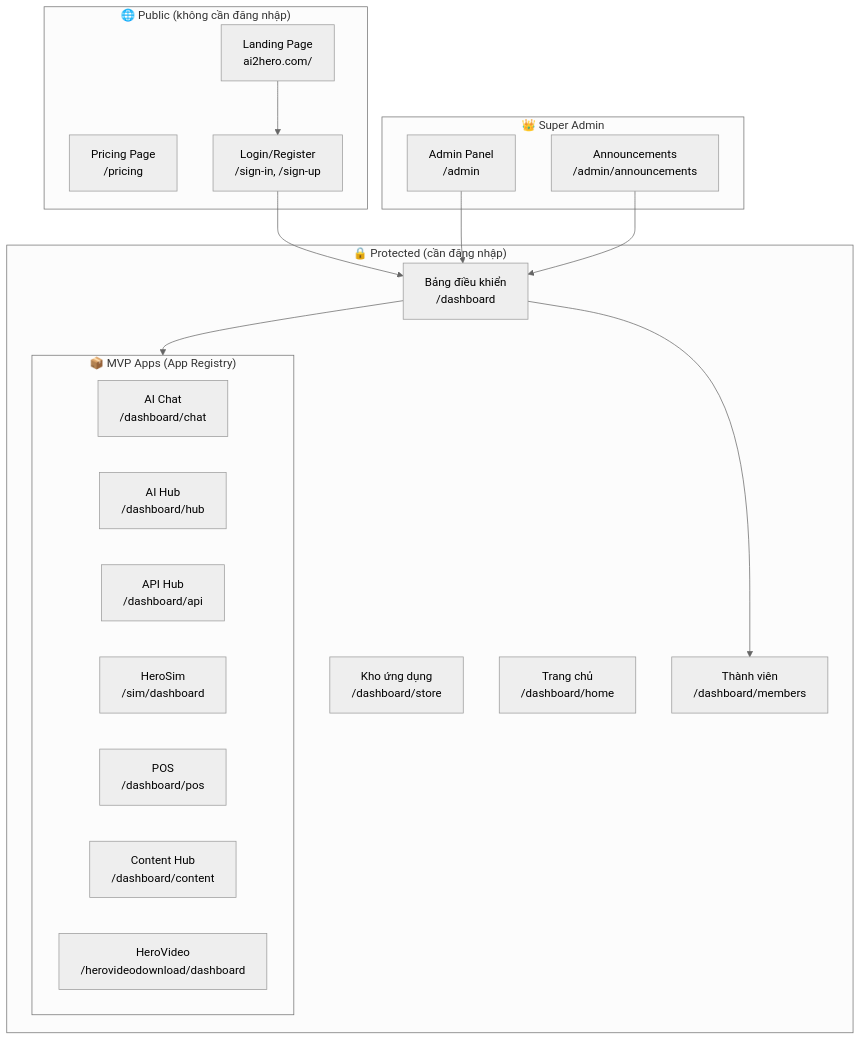
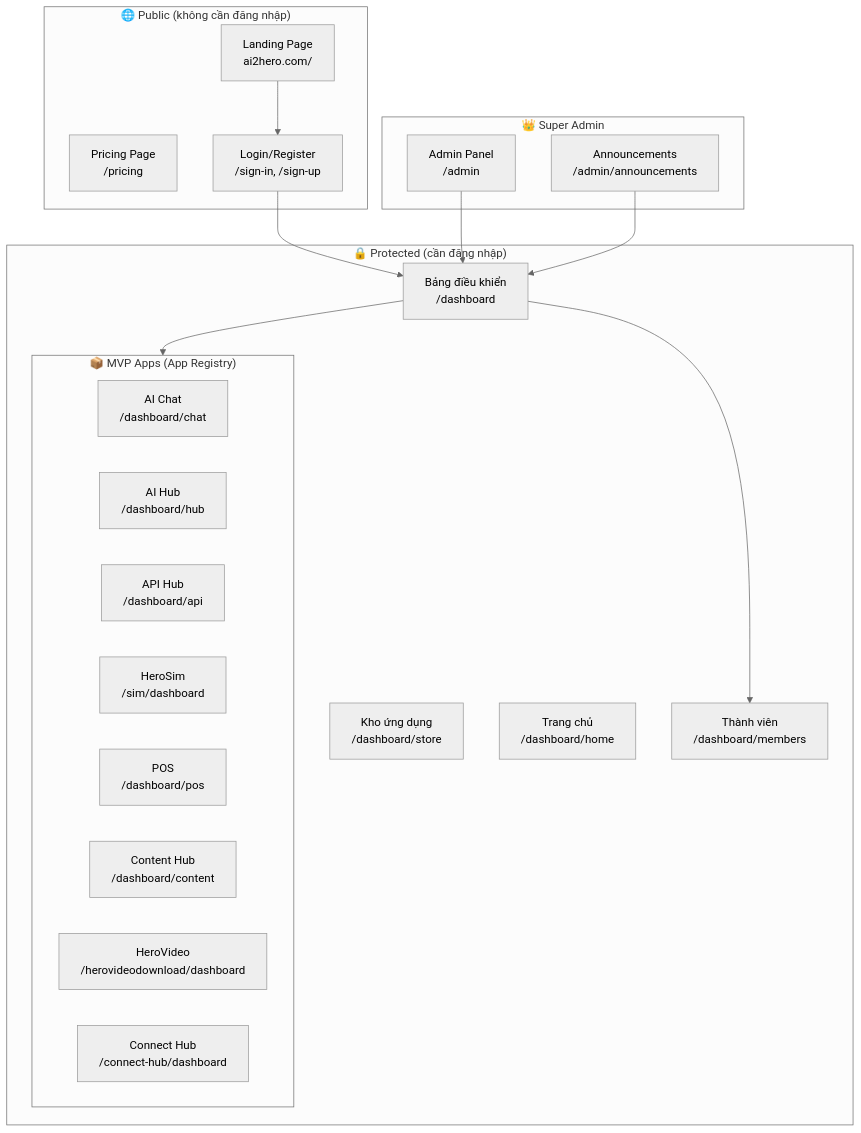
The diagram in UI_MAP.md (nvhung1088-alt/ai2hero), drawn with Mermaid (neutral theme) before and after one commit. The commit also changed other lines of this file and 165 other files, not shown here.

Commit message:
feat(connect-hub): Production Ready - V1.0 API Connect Hub & POS Integration

````diff
--- a/UI_MAP.md
+++ b/UI_MAP.md
@@ -7,37 +7,38 @@
 ```mermaid
 graph TB
     subgraph Public["🌐 Public (không cần đăng nhập)"]
         LP[Landing Page<br>ai2hero.com/]
         PR[Pricing Page<br>/pricing]
         LG[Login/Register<br>/sign-in, /sign-up]
     end
 
     subgraph Protected["🔒 Protected (cần đăng nhập)"]
         DB[Bảng điều khiển<br>/dashboard]
         ST[Kho ứng dụng<br>/dashboard/store]
         HM[Trang chủ<br>/dashboard/home]
         MB[Thành viên<br>/dashboard/members]
         
         subgraph MVPs["📦 MVP Apps (App Registry)"]
             CHAT[AI Chat<br>/dashboard/chat]
             HUB[AI Hub<br>/dashboard/hub]
             API[API Hub<br>/dashboard/api]
             SIM[HeroSim<br>/sim/dashboard]
             POS[POS<br>/dashboard/pos]
             CONTENT[Content Hub<br>/dashboard/content]
             VIDEO[HeroVideo<br>/herovideodownload/dashboard]
+            CONNECT[Connect Hub<br>/connect-hub/dashboard]
         end
     end
 
     subgraph Admin["👑 Super Admin"]
         SA[Admin Panel<br>/admin]
         AN[Announcements<br>/admin/announcements]
     end
 
     LP --> LG
     LG --> DB
     DB --> MVPs
     DB --> MB
     SA --> DB
     AN --> DB
 ```
````
